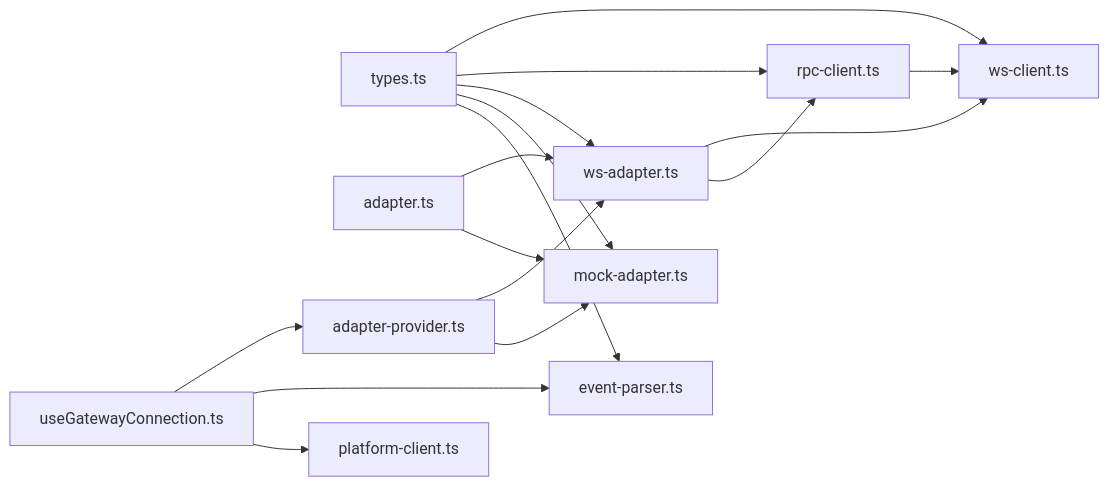
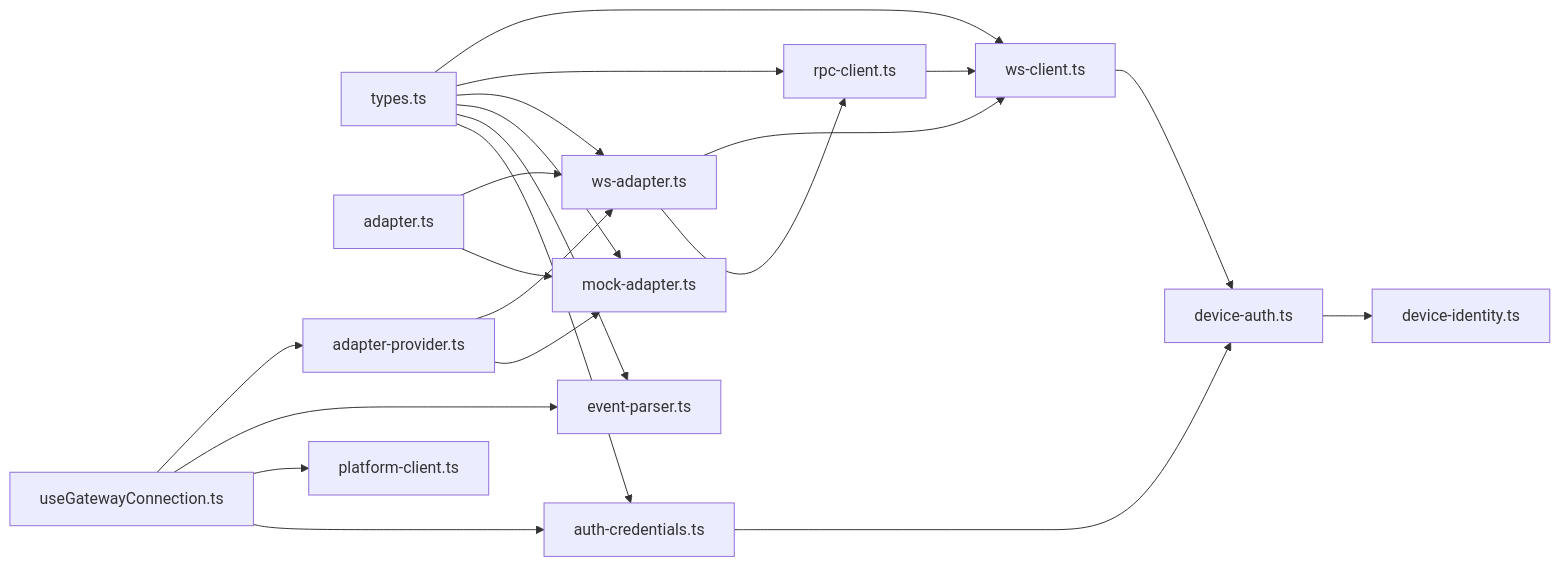
Before and after one commit to WW-AI-Lab/openclaw-office: diagram 11 of 11 in .qoder/repowiki/zh/content/网关通信层/网关通信层.md, drawn with Mermaid. The commit also changed other lines of this file and 9 other files, not shown here.

````diff
--- a/.qoder/repowiki/zh/content/网关通信层/网关通信层.md
+++ b/.qoder/repowiki/zh/content/网关通信层/网关通信层.md
@@ -390,18 +542,23 @@
 ```mermaid
 graph LR
 Types["types.ts"] --> WsClient["ws-client.ts"]
 Types --> RpcClient["rpc-client.ts"]
 Types --> WsAdapter["ws-adapter.ts"]
 Types --> MockAdapter["mock-adapter.ts"]
 Types --> EventParser["event-parser.ts"]
+Types --> AuthCredentials["auth-credentials.ts"]
 WsAdapter --> WsClient
 WsAdapter --> RpcClient
 RpcClient --> WsClient
 Adapter["adapter.ts"] --> WsAdapter
 Adapter --> MockAdapter
 AdapterProvider["adapter-provider.ts"] --> WsAdapter
 AdapterProvider --> MockAdapter
 Hooks["useGatewayConnection.ts"] --> AdapterProvider
 Hooks --> EventParser
 Hooks --> PlatformClient["platform-client.ts"]
+Hooks --> AuthCredentials
+WsClient --> DeviceAuth["device-auth.ts"]
+DeviceAuth --> DeviceIdentity["device-identity.ts"]
+AuthCredentials --> DeviceAuth
 ```
````
